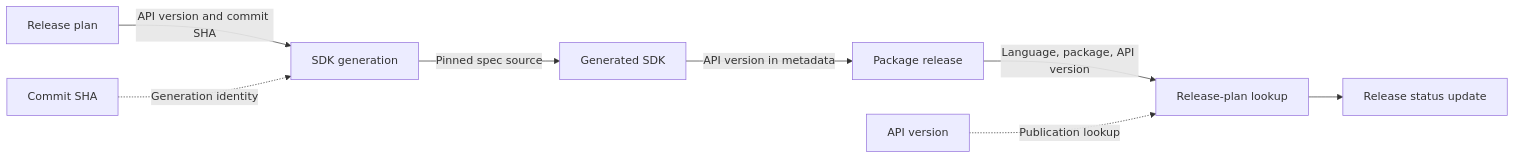
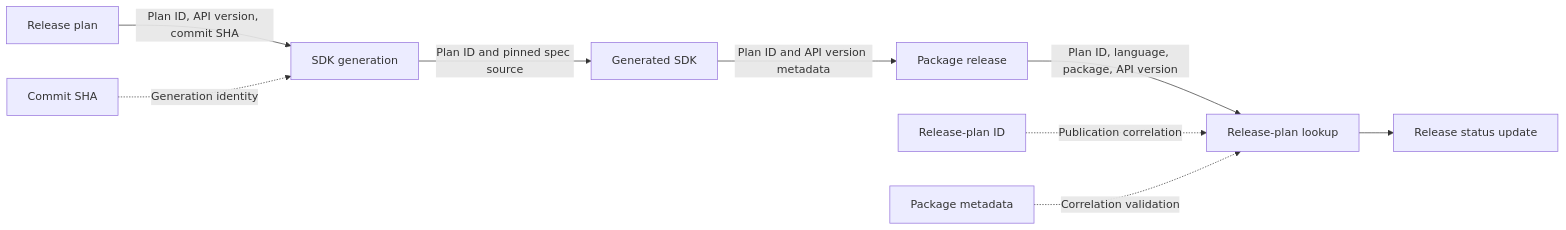
Before and after one commit to Azure/azure-sdk-tools: the third of 3 diagrams in doc/release-plan-status-lookup-proposal.md, drawn with Mermaid. The commit also changed other lines of this file, not shown here.

Commit message:
docs: include release-plan ID in status correlation

````diff
--- a/doc/release-plan-status-lookup-proposal.md
+++ b/doc/release-plan-status-lookup-proposal.md
@@ -96,11 +100,12 @@
 ```mermaid
 flowchart LR
-A[Release plan] -->|API version and commit SHA| B[SDK generation]
-B -->|Pinned spec source| C[Generated SDK]
-C -->|API version in metadata| D[Package release]
-D -->|Language, package, API version| E[Release-plan lookup]
+A[Release plan] -->|Plan ID, API version, commit SHA| B[SDK generation]
+B -->|Plan ID and pinned spec source| C[Generated SDK]
+C -->|Plan ID and API version metadata| D[Package release]
+D -->|Plan ID, language, package, API version| E[Release-plan lookup]
 E --> F[Release status update]
 
 G[Commit SHA] -. Generation identity .-> B
-H[API version] -. Publication lookup .-> E
+H[Release-plan ID] -. Publication correlation .-> E
+I[Package metadata] -. Correlation validation .-> E
 ```
````
